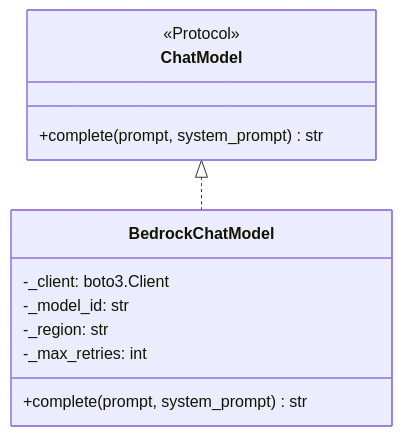
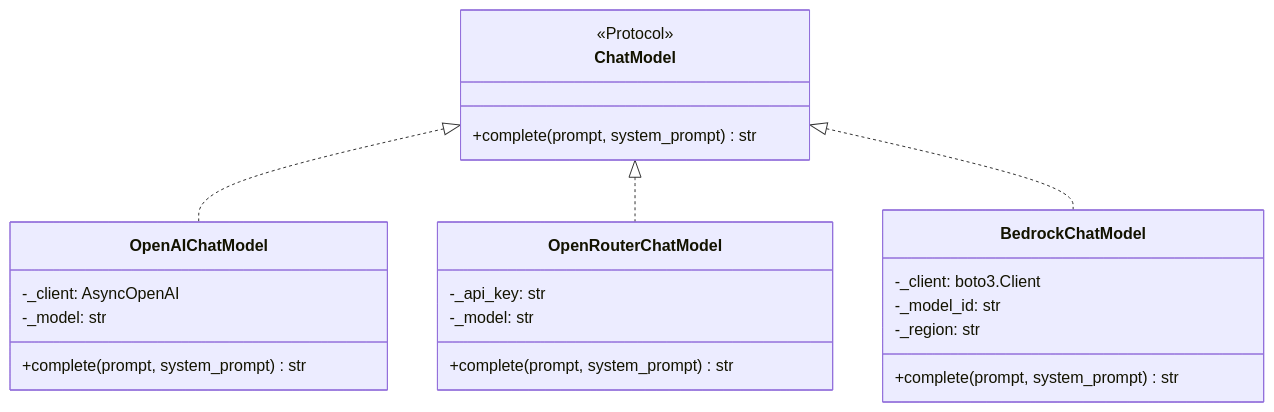
The third of 4 diagrams in docs/bedrock-integration-proposal.md (matteso1/KohakuRAG_UI), drawn with Mermaid before and after one commit. The commit also changed other lines of this file, not shown here.

````diff
--- a/docs/bedrock-integration-proposal.md
+++ b/docs/bedrock-integration-proposal.md
@@ -85,17 +123,30 @@
 ```mermaid
 classDiagram
     class ChatModel {
         <<Protocol>>
         +complete(prompt, system_prompt) str
     }
     
+    class OpenAIChatModel {
+        -_client: AsyncOpenAI
+        -_model: str
+        +complete(prompt, system_prompt) str
+    }
+    
+    class OpenRouterChatModel {
+        -_api_key: str
+        -_model: str
+        +complete(prompt, system_prompt) str
+    }
+    
     class BedrockChatModel {
         -_client: boto3.Client
         -_model_id: str
         -_region: str
-        -_max_retries: int
         +complete(prompt, system_prompt) str
     }
     
+    ChatModel <|.. OpenAIChatModel
+    ChatModel <|.. OpenRouterChatModel
     ChatModel <|.. BedrockChatModel
 ```
````
